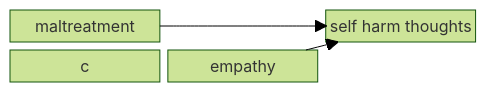
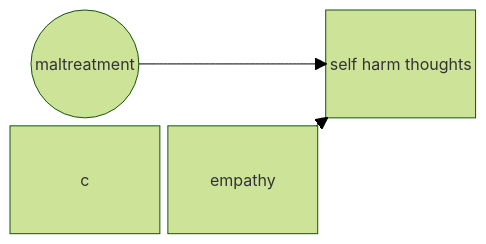
One commit to agrogan1/closeread changed the diagram in empathy/README.md. Above: the diagram before and after it, drawn with Mermaid (forest theme).

````diff
--- a/empathy/README.md
+++ b/empathy/README.md
@@ -12,9 +12,9 @@
 ```mermaid
 block
   columns 3
   m space sh
   c   e   space
 
-m["maltreatment"] --> sh["self harm thoughts"]
+m(("maltreatment")) --> sh["self harm thoughts"]
 e["empathy"] --> sh
 ```
````
